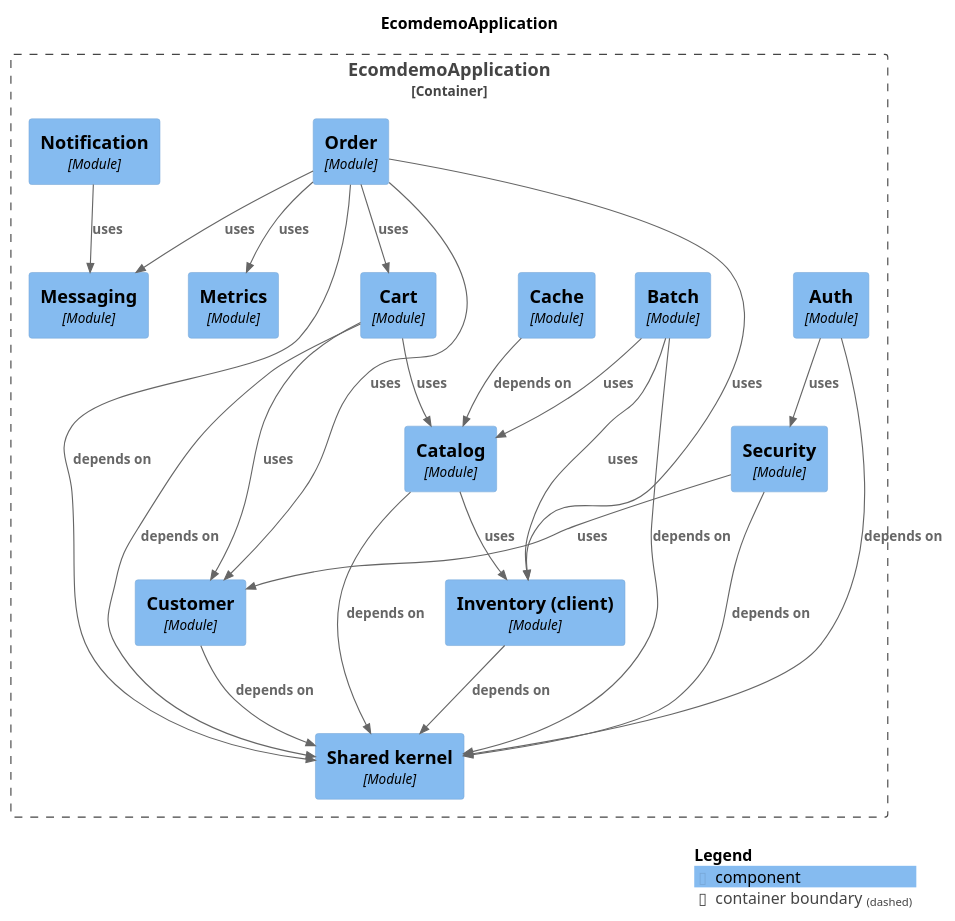
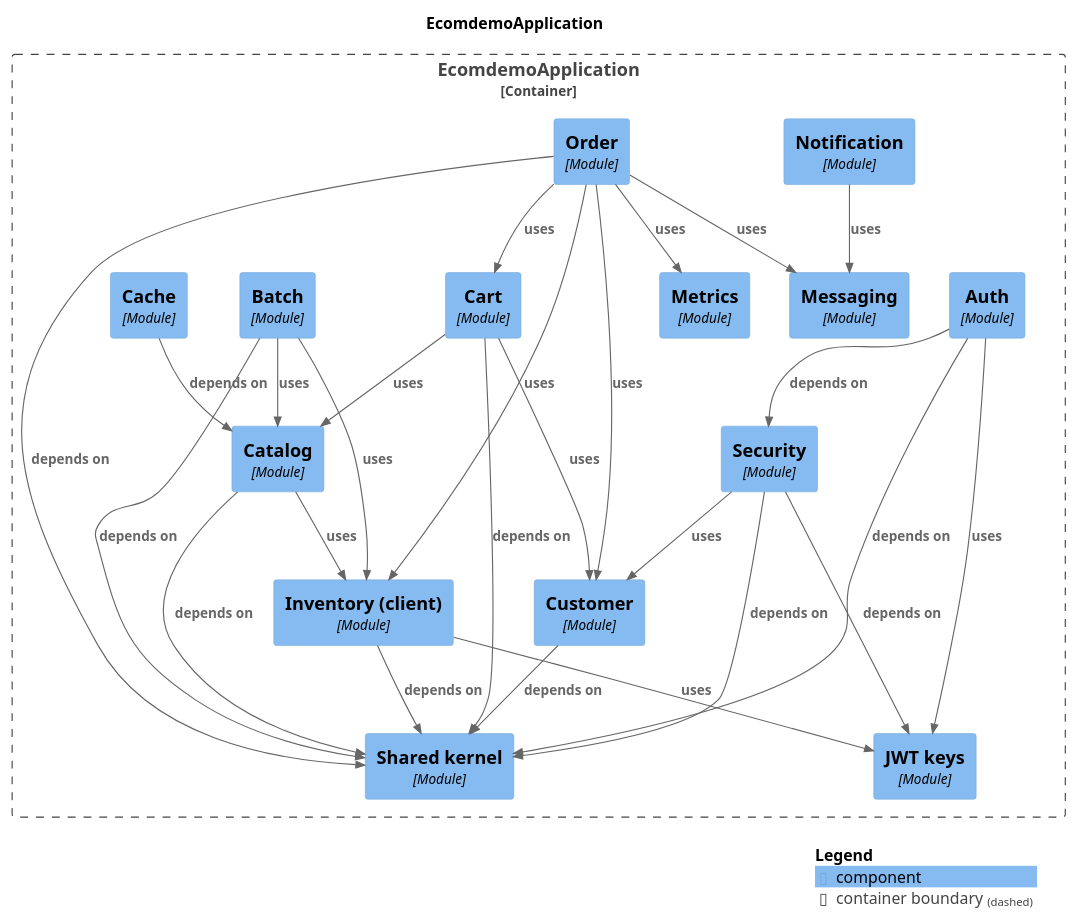
One commit to mr-sujay-patil/ecomdemo changed the diagram in docs/modules/components.puml. Above: the diagram before and after it, drawn with PlantUML. The commit also changed 10 other files, not shown here.

First line of the commit message:
docs: record the Phase 20b security decisions, and regenerate the module map

```diff
--- a/docs/modules/components.puml
+++ b/docs/modules/components.puml
@@ -1,51 +1,55 @@
 @startuml
 set separator none
 title EcomdemoApplication
 
 top to bottom direction
 
 !include <C4/C4>
 !include <C4/C4_Context>
 !include <C4/C4_Component>
 
 Container_Boundary("EcomdemoApplication.EcomdemoApplication_boundary", "EcomdemoApplication", $tags="") {
+  Component(EcomdemoApplication.EcomdemoApplication.Notification, "Notification", $techn="Module", $descr="", $tags="", $link="")
   Component(EcomdemoApplication.EcomdemoApplication.Catalog, "Catalog", $techn="Module", $descr="", $tags="", $link="")
   Component(EcomdemoApplication.EcomdemoApplication.Security, "Security", $techn="Module", $descr="", $tags="", $link="")
   Component(EcomdemoApplication.EcomdemoApplication.Auth, "Auth", $techn="Module", $descr="", $tags="", $link="")
   Component(EcomdemoApplication.EcomdemoApplication.Batch, "Batch", $techn="Module", $descr="", $tags="", $link="")
   Component(EcomdemoApplication.EcomdemoApplication.Cache, "Cache", $techn="Module", $descr="", $tags="", $link="")
   Component(EcomdemoApplication.EcomdemoApplication.Cart, "Cart", $techn="Module", $descr="", $tags="", $link="")
   Component(EcomdemoApplication.EcomdemoApplication.Order, "Order", $techn="Module", $descr="", $tags="", $link="")
+  Component(EcomdemoApplication.EcomdemoApplication.JWTkeys, "JWT keys", $techn="Module", $descr="", $tags="", $link="")
   Component(EcomdemoApplication.EcomdemoApplication.Messaging, "Messaging", $techn="Module", $descr="", $tags="", $link="")
   Component(EcomdemoApplication.EcomdemoApplication.Metrics, "Metrics", $techn="Module", $descr="", $tags="", $link="")
   Component(EcomdemoApplication.EcomdemoApplication.Sharedkernel, "Shared kernel", $techn="Module", $descr="", $tags="", $link="")
   Component(EcomdemoApplication.EcomdemoApplication.Customer, "Customer", $techn="Module", $descr="", $tags="", $link="")
   Component(EcomdemoApplication.EcomdemoApplication.Inventoryclient, "Inventory (client)", $techn="Module", $descr="", $tags="", $link="")
-  Component(EcomdemoApplication.EcomdemoApplication.Notification, "Notification", $techn="Module", $descr="", $tags="", $link="")
 }
 
-Rel(EcomdemoApplication.EcomdemoApplication.Auth, EcomdemoApplication.EcomdemoApplication.Security, "uses", $techn="", $tags="", $link="")
+Rel(EcomdemoApplication.EcomdemoApplication.Auth, EcomdemoApplication.EcomdemoApplication.JWTkeys, "uses", $techn="", $tags="", $link="")
+Rel(EcomdemoApplication.EcomdemoApplication.Auth, EcomdemoApplication.EcomdemoApplication.Security, "depends on", $techn="", $tags="", $link="")
 Rel(EcomdemoApplication.EcomdemoApplication.Auth, EcomdemoApplication.EcomdemoApplication.Sharedkernel, "depends on", $techn="", $tags="", $link="")
 Rel(EcomdemoApplication.EcomdemoApplication.Batch, EcomdemoApplication.EcomdemoApplication.Catalog, "uses", $techn="", $tags="", $link="")
 Rel(EcomdemoApplication.EcomdemoApplication.Batch, EcomdemoApplication.EcomdemoApplication.Inventoryclient, "uses", $techn="", $tags="", $link="")
 Rel(EcomdemoApplication.EcomdemoApplication.Batch, EcomdemoApplication.EcomdemoApplication.Sharedkernel, "depends on", $techn="", $tags="", $link="")
 Rel(EcomdemoApplication.EcomdemoApplication.Cache, EcomdemoApplication.EcomdemoApplication.Catalog, "depends on", $techn="", $tags="", $link="")
 Rel(EcomdemoApplication.EcomdemoApplication.Cart, EcomdemoApplication.EcomdemoApplication.Catalog, "uses", $techn="", $tags="", $link="")
 Rel(EcomdemoApplication.EcomdemoApplication.Cart, EcomdemoApplication.EcomdemoApplication.Customer, "uses", $techn="", $tags="", $link="")
 Rel(EcomdemoApplication.EcomdemoApplication.Cart, EcomdemoApplication.EcomdemoApplication.Sharedkernel, "depends on", $techn="", $tags="", $link="")
 Rel(EcomdemoApplication.EcomdemoApplication.Catalog, EcomdemoApplication.EcomdemoApplication.Inventoryclient, "uses", $techn="", $tags="", $link="")
 Rel(EcomdemoApplication.EcomdemoApplication.Catalog, EcomdemoApplication.EcomdemoApplication.Sharedkernel, "depends on", $techn="", $tags="", $link="")
 Rel(EcomdemoApplication.EcomdemoApplication.Customer, EcomdemoApplication.EcomdemoApplication.Sharedkernel, "depends on", $techn="", $tags="", $link="")
+Rel(EcomdemoApplication.EcomdemoApplication.Inventoryclient, EcomdemoApplication.EcomdemoApplication.JWTkeys, "uses", $techn="", $tags="", $link="")
 Rel(EcomdemoApplication.EcomdemoApplication.Inventoryclient, EcomdemoApplication.EcomdemoApplication.Sharedkernel, "depends on", $techn="", $tags="", $link="")
 Rel(EcomdemoApplication.EcomdemoApplication.Notification, EcomdemoApplication.EcomdemoApplication.Messaging, "uses", $techn="", $tags="", $link="")
 Rel(EcomdemoApplication.EcomdemoApplication.Order, EcomdemoApplication.EcomdemoApplication.Cart, "uses", $techn="", $tags="", $link="")
 Rel(EcomdemoApplication.EcomdemoApplication.Order, EcomdemoApplication.EcomdemoApplication.Customer, "uses", $techn="", $tags="", $link="")
 Rel(EcomdemoApplication.EcomdemoApplication.Order, EcomdemoApplication.EcomdemoApplication.Inventoryclient, "uses", $techn="", $tags="", $link="")
 Rel(EcomdemoApplication.EcomdemoApplication.Order, EcomdemoApplication.EcomdemoApplication.Messaging, "uses", $techn="", $tags="", $link="")
 Rel(EcomdemoApplication.EcomdemoApplication.Order, EcomdemoApplication.EcomdemoApplication.Metrics, "uses", $techn="", $tags="", $link="")
 Rel(EcomdemoApplication.EcomdemoApplication.Order, EcomdemoApplication.EcomdemoApplication.Sharedkernel, "depends on", $techn="", $tags="", $link="")
 Rel(EcomdemoApplication.EcomdemoApplication.Security, EcomdemoApplication.EcomdemoApplication.Customer, "uses", $techn="", $tags="", $link="")
+Rel(EcomdemoApplication.EcomdemoApplication.Security, EcomdemoApplication.EcomdemoApplication.JWTkeys, "depends on", $techn="", $tags="", $link="")
 Rel(EcomdemoApplication.EcomdemoApplication.Security, EcomdemoApplication.EcomdemoApplication.Sharedkernel, "depends on", $techn="", $tags="", $link="")
 
 SHOW_LEGEND(true)
 @enduml
```
